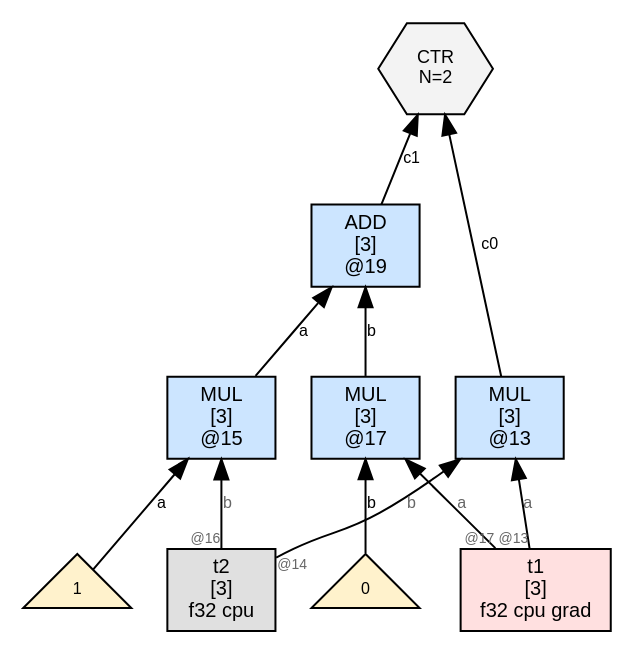
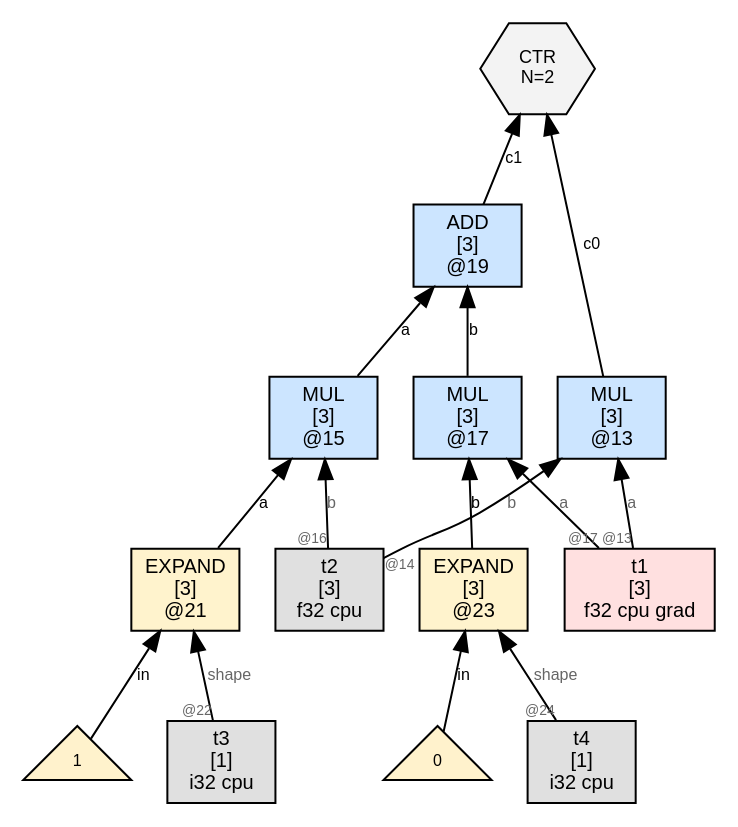
The diagram in wl/examples/thvm_graphs/grad_rules/mul/thvm_1_post_reduce.dot (sw1sh/TinyHVM), drawn with Graphviz before and after one commit. The commit also changed 2087 other files, not shown here.

First line of the commit message:
grad: TEN matcher emits EXPAND(NUM, shape) for Jacobian leaves

```diff
--- a/wl/examples/thvm_graphs/grad_rules/mul/thvm_1_post_reduce.dot
+++ b/wl/examples/thvm_graphs/grad_rules/mul/thvm_1_post_reduce.dot
@@ -1,25 +1,33 @@
 digraph G {
   rankdir=BT;
   node [fontname="Helvetica", fontsize=10, style=filled, shape=box, margin="0.1,0.05"];
   edge [fontsize=8, fontname="Helvetica"];
 
   n19 [label="ADD\n[3]\n@19", shape=box, fillcolor="#cce5ff"];
   n15 -> n19 [label="a"];
   n17 -> n19 [label="b"];
   n13 [label="MUL\n[3]\n@13", shape=box, fillcolor="#cce5ff"];
   t1 [label="t1\n[3]\nf32 cpu grad",shape=box,fillcolor="#ffe0e0"];
   t1 -> n13 [label="a",taillabel="@13",labelfontsize=7,fontcolor="#666666"];
   t2 [label="t2\n[3]\nf32 cpu",shape=box,fillcolor="#e0e0e0"];
   t2 -> n13 [label="b",taillabel="@14",labelfontsize=7,fontcolor="#666666"];
   ctr6 [label="CTR\nN=2", shape=hexagon, fillcolor="#f3f3f3", fontsize=9];
   n13 -> ctr6 [label="c0"];
   n19 -> ctr6 [label="c1"];
+  n21 [label="EXPAND\n[3]\n@21", shape=box, fillcolor="#fff3cd"];
+  num21_0 [label="1",shape=triangle,fillcolor="#fff2cc",fontsize=8];
+  num21_0 -> n21 [label="in"];
+  t3 [label="t3\n[1]\ni32 cpu",shape=box,fillcolor="#e0e0e0"];
+  t3 -> n21 [label="shape",taillabel="@22",labelfontsize=7,fontcolor="#666666"];
+  n23 [label="EXPAND\n[3]\n@23", shape=box, fillcolor="#fff3cd"];
+  num23_0 [label="0",shape=triangle,fillcolor="#fff2cc",fontsize=8];
+  num23_0 -> n23 [label="in"];
+  t4 [label="t4\n[1]\ni32 cpu",shape=box,fillcolor="#e0e0e0"];
+  t4 -> n23 [label="shape",taillabel="@24",labelfontsize=7,fontcolor="#666666"];
   n15 [label="MUL\n[3]\n@15", shape=box, fillcolor="#cce5ff"];
-  num15_0 [label="1",shape=triangle,fillcolor="#fff2cc",fontsize=8];
-  num15_0 -> n15 [label="a"];
+  n21 -> n15 [label="a"];
   t2 -> n15 [label="b",taillabel="@16",labelfontsize=7,fontcolor="#666666"];
   n17 [label="MUL\n[3]\n@17", shape=box, fillcolor="#cce5ff"];
   t1 -> n17 [label="a",taillabel="@17",labelfontsize=7,fontcolor="#666666"];
-  num17_1 [label="0",shape=triangle,fillcolor="#fff2cc",fontsize=8];
-  num17_1 -> n17 [label="b"];
+  n23 -> n17 [label="b"];
 }
```
